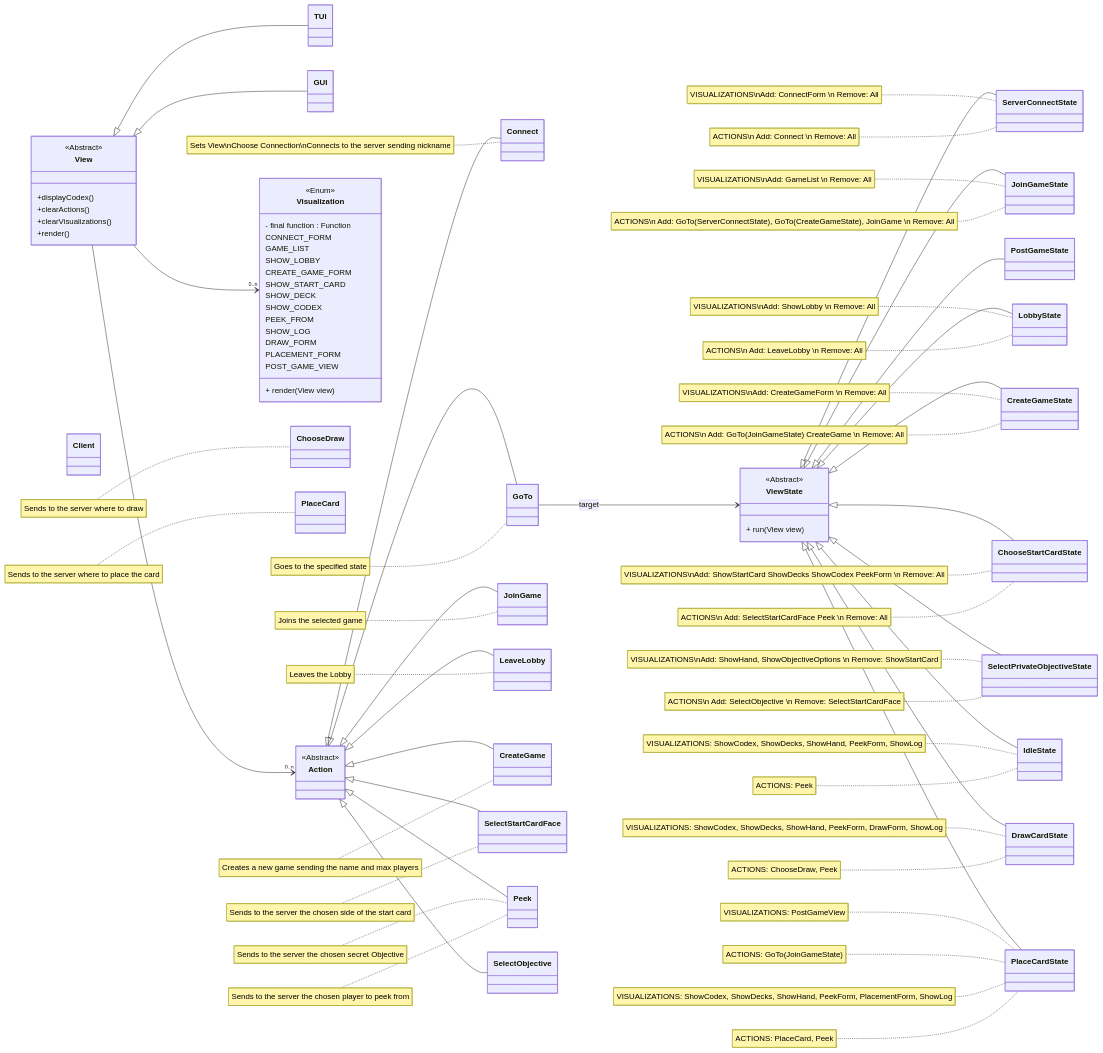
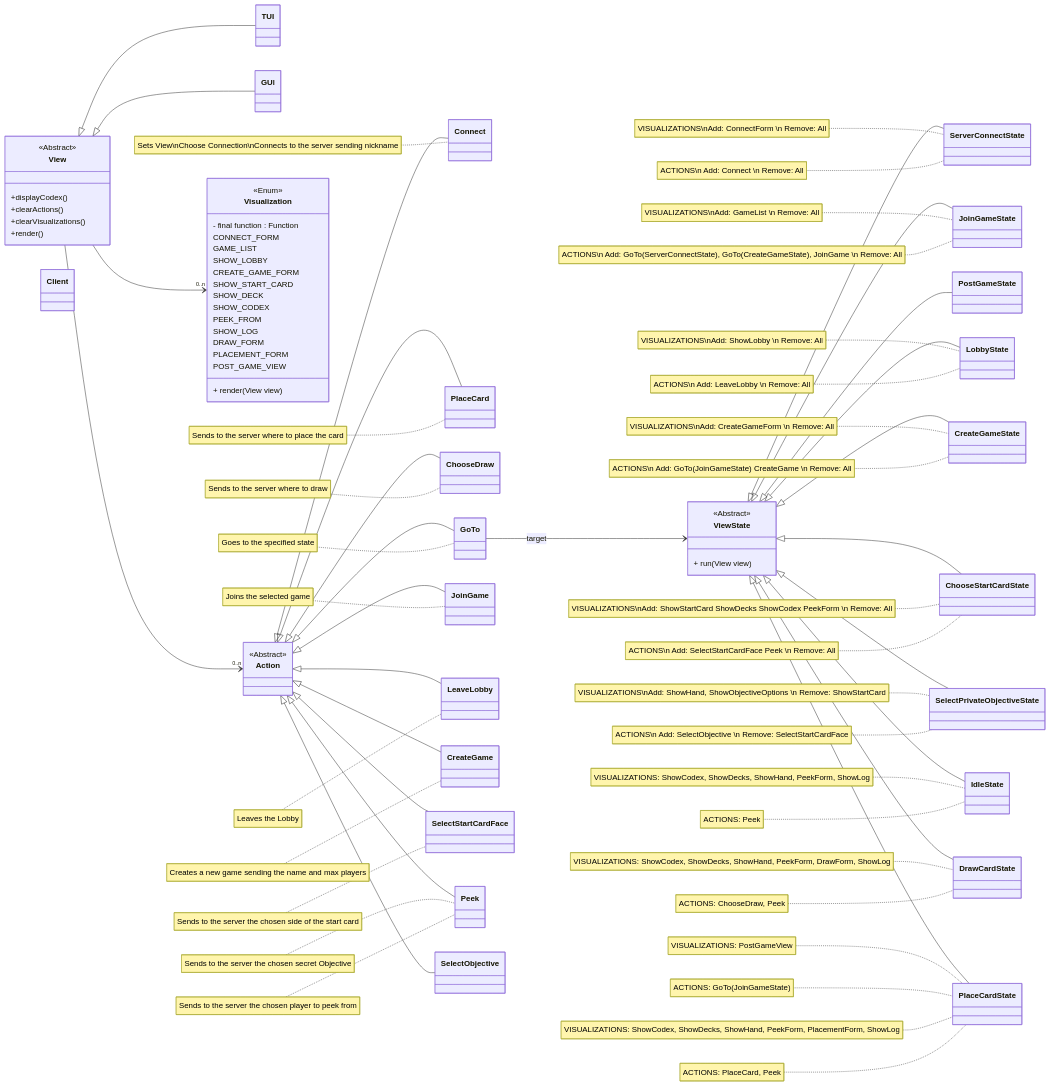
The diagram in deliverable/Uml_draft_view.md (Software-Engineering-Project-PoliMi2024/ing-sw-2024-Figini-Ginefra-Grisoni-Lanzafame), drawn with Mermaid before and after one commit. The commit also changed 1 other file, not shown here.

Commit message:
feat: fix uml-view, enum visualization

```diff
--- a/deliverable/Uml_draft_view.md
+++ b/deliverable/Uml_draft_view.md
@@ -23,6 +23,8 @@
 
 
     Action <|-- Connect
+    Action <|-- PlaceCard
+    Action <|-- ChooseDraw
     Action <|-- GoTo
     Action <|-- JoinGame
     Action <|-- LeaveLobby
```
